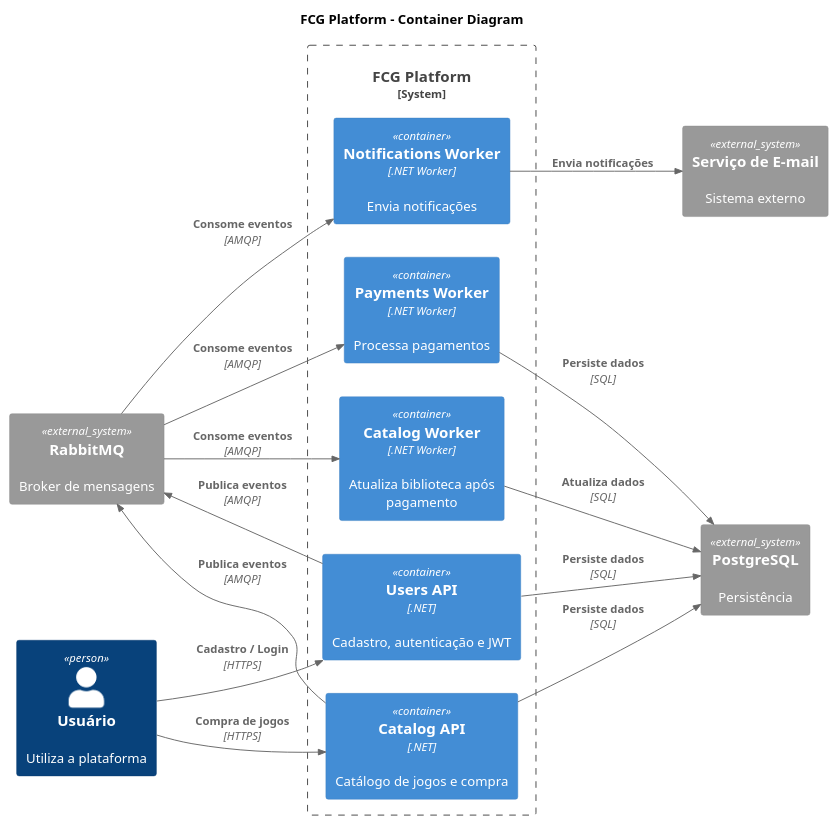
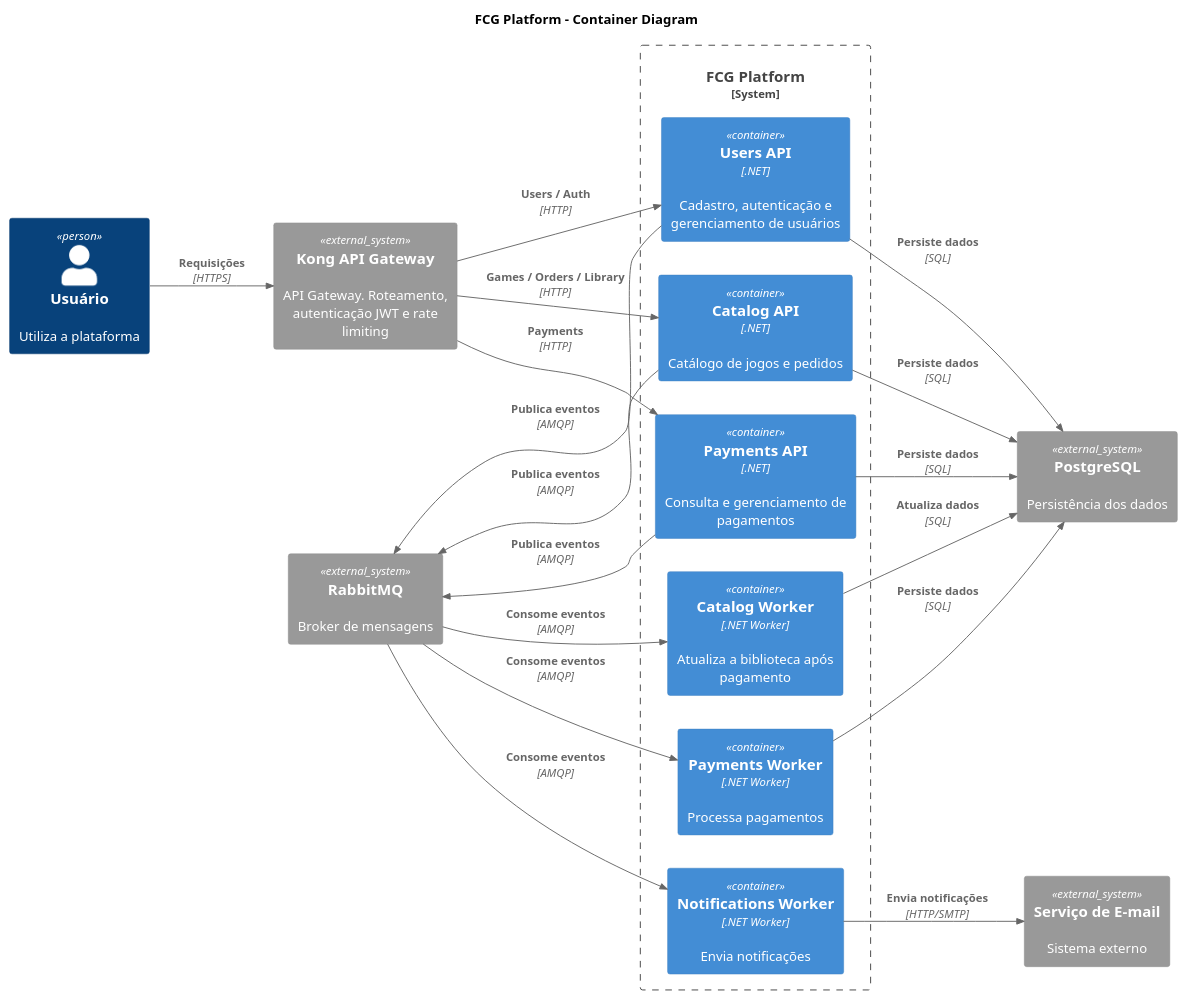
The diagram in docs/architecture/diagrams/containers.puml (FIAP-ARQUITETURA-DOTNET-GRUPO-89/fcg-platform), drawn with PlantUML before and after one commit. The commit also changed 3 other files, not shown here.

First line of the commit message:
📝 docs(architecture): atualiza diagramas de contexto e containers

```diff
--- a/docs/architecture/diagrams/containers.puml
+++ b/docs/architecture/diagrams/containers.puml
@@ -1,50 +1,85 @@
 @startuml
 !include https://raw.githubusercontent.com/plantuml-stdlib/C4-PlantUML/master/C4_Container.puml
 
 title FCG Platform - Container Diagram
 
 LAYOUT_LEFT_RIGHT()
 
 Person(user, "Usuário", "Utiliza a plataforma")
 
+System_Ext(kong, "Kong API Gateway", "API Gateway. Roteamento, autenticação JWT e rate limiting")
+
 System_Boundary(fcg, "FCG Platform") {
 
-    Container(usersApi, "Users API", ".NET", "Cadastro, autenticação e JWT")
+    Container(usersApi, "Users API", ".NET", "Cadastro, autenticação e gerenciamento de usuários")
 
-    Container(catalogApi, "Catalog API", ".NET", "Catálogo de jogos e compra")
+    Container(catalogApi, "Catalog API", ".NET", "Catálogo de jogos e pedidos")
 
-    Container(catalogWorker, "Catalog Worker", ".NET Worker", "Atualiza biblioteca após pagamento")
+    Container(paymentsApi, "Payments API", ".NET", "Consulta e gerenciamento de pagamentos")
+
+    Container(catalogWorker, "Catalog Worker", ".NET Worker", "Atualiza a biblioteca após pagamento")
 
     Container(paymentsWorker, "Payments Worker", ".NET Worker", "Processa pagamentos")
 
     Container(notificationsWorker, "Notifications Worker", ".NET Worker", "Envia notificações")
-
 }
 
 System_Ext(rabbitmq, "RabbitMQ", "Broker de mensagens")
-System_Ext(postgres, "PostgreSQL", "Persistência")
+
+System_Ext(postgres, "PostgreSQL", "Persistência dos dados")
+
 System_Ext(email, "Serviço de E-mail", "Sistema externo")
 
 
-Rel(user, usersApi, "Cadastro / Login", "HTTPS")
-Rel(user, catalogApi, "Compra de jogos", "HTTPS")
+' ==================================================
+' ENTRADA EXTERNA
+' ==================================================
+
+Rel(user, kong, "Requisições", "HTTPS")
+
+Rel(kong, usersApi, "Users / Auth", "HTTP")
+
+Rel(kong, catalogApi, "Games / Orders / Library", "HTTP")
+
+Rel(kong, paymentsApi, "Payments", "HTTP")
 
 
+' ==================================================
+' EVENTOS
+' ==================================================
+
 Rel(usersApi, rabbitmq, "Publica eventos", "AMQP")
+
 Rel(catalogApi, rabbitmq, "Publica eventos", "AMQP")
 
+Rel(paymentsApi, rabbitmq, "Publica eventos", "AMQP")
+
+Rel(rabbitmq, catalogWorker, "Consome eventos", "AMQP")
 
 Rel(rabbitmq, paymentsWorker, "Consome eventos", "AMQP")
-Rel(rabbitmq, catalogWorker, "Consome eventos", "AMQP")
+
 Rel(rabbitmq, notificationsWorker, "Consome eventos", "AMQP")
 
 
+' ==================================================
+' PERSISTÊNCIA
+' ==================================================
+
 Rel(usersApi, postgres, "Persiste dados", "SQL")
+
 Rel(catalogApi, postgres, "Persiste dados", "SQL")
+
+Rel(paymentsApi, postgres, "Persiste dados", "SQL")
+
 Rel(catalogWorker, postgres, "Atualiza dados", "SQL")
+
 Rel(paymentsWorker, postgres, "Persiste dados", "SQL")
 
 
-Rel(notificationsWorker, email, "Envia notificações")
+' ==================================================
+' NOTIFICAÇÕES
+' ==================================================
+
+Rel(notificationsWorker, email, "Envia notificações", "HTTP/SMTP")
 
 @enduml
```
